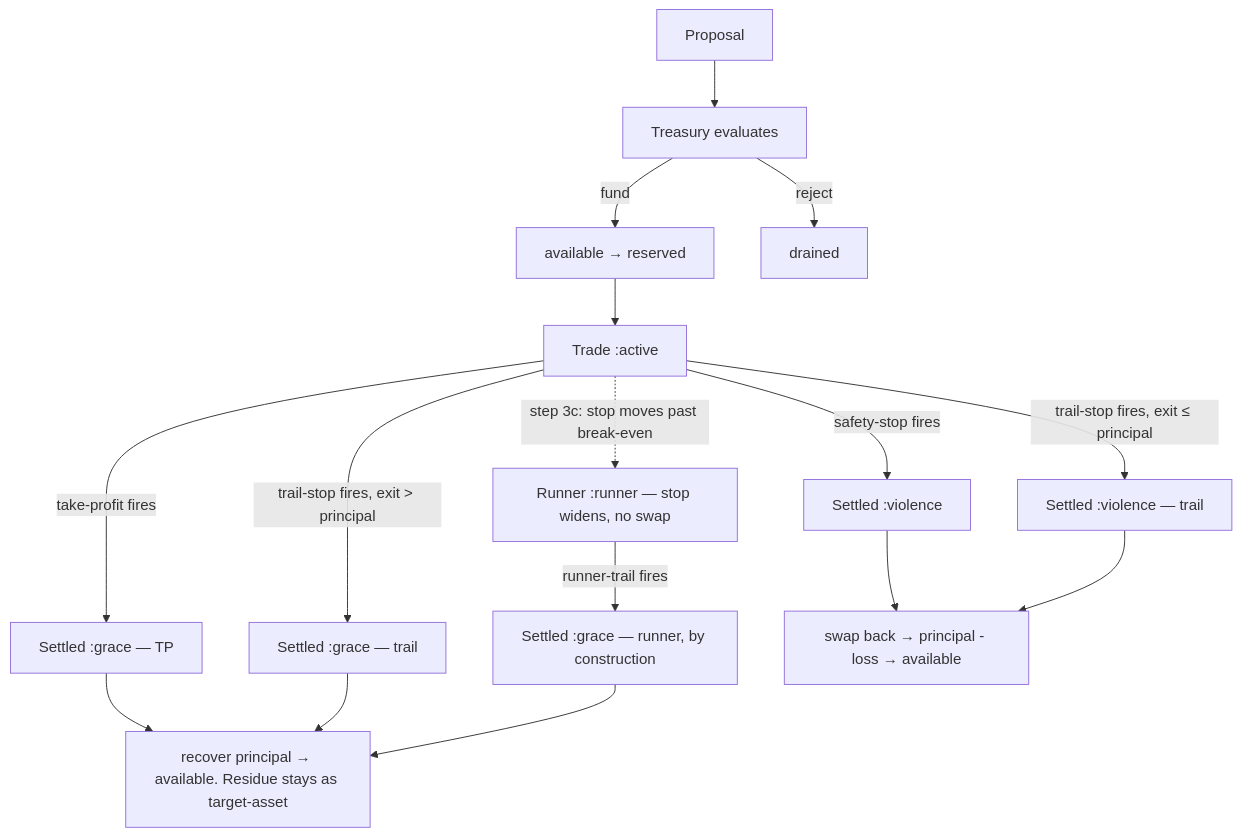
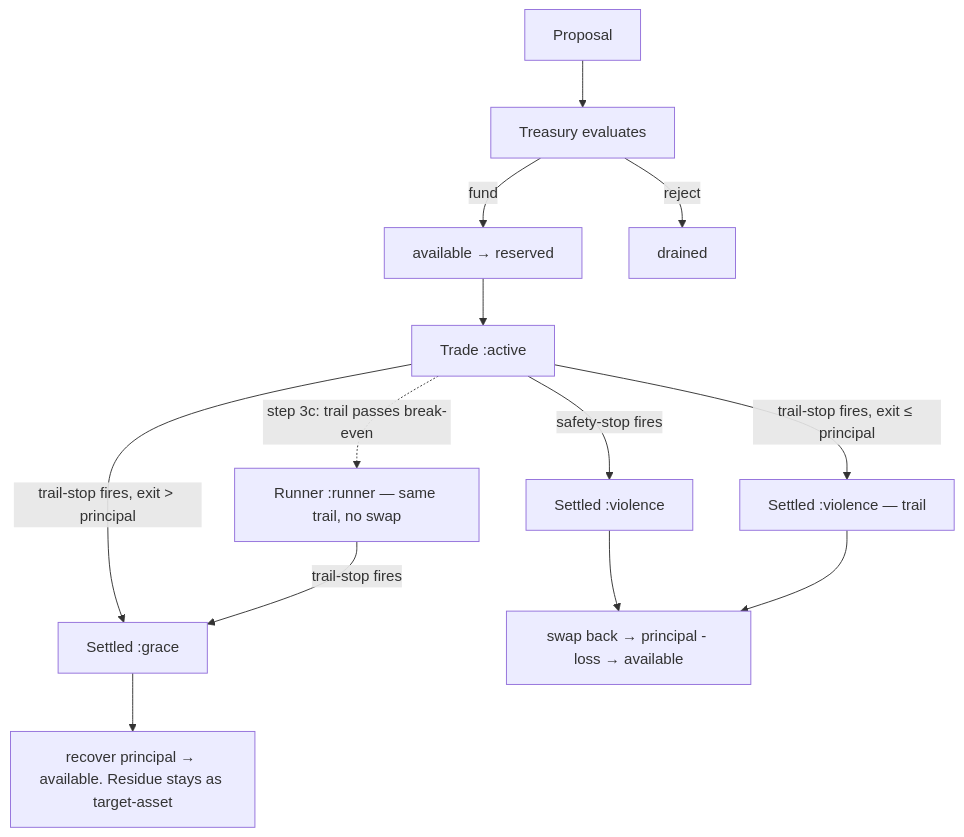
One commit to watmin/holon-lab-trading changed the fifth of 9 diagrams in wat/CIRCUIT.md. Above: the diagram before and after it, drawn with Mermaid. The commit also changed other lines of this file, not shown here.

First line of the commit message:
circuit: apply proposal 009 — two distances, TP dissolved, runner-trail dissolved

````diff
--- a/wat/CIRCUIT.md
+++ b/wat/CIRCUIT.md
@@ -155,18 +155,15 @@
 ```mermaid
 graph TD
     PR[Proposal] --> TR[Treasury evaluates]
     TR -->|fund| AV[available → reserved]
     AV --> TD[Trade :active]
     TD -->|safety-stop fires| SV[Settled :violence]
-    TD -->|take-profit fires| SG1[Settled :grace — TP]
-    TD -->|trail-stop fires, exit > principal| SG2[Settled :grace — trail]
+    TD -->|trail-stop fires, exit > principal| SG[Settled :grace]
     TD -->|trail-stop fires, exit ≤ principal| SV2[Settled :violence — trail]
-    TD -.->|step 3c: stop moves past break-even| RN[Runner :runner — stop widens, no swap]
-    RN -->|runner-trail fires| SG3[Settled :grace — runner, by construction]
+    TD -.->|step 3c: trail passes break-even| RN[Runner :runner — same trail, no swap]
+    RN -->|trail-stop fires| SG
     SV --> EXIT1[swap back → principal - loss → available]
-    SG1 --> EXIT2[recover principal → available. Residue stays as target-asset]
-    SG2 --> EXIT2
-    SG3 --> EXIT2
+    SG --> EXIT2[recover principal → available. Residue stays as target-asset]
     SV2 --> EXIT1
     TR -->|reject| DR[drained]
 ```
````
